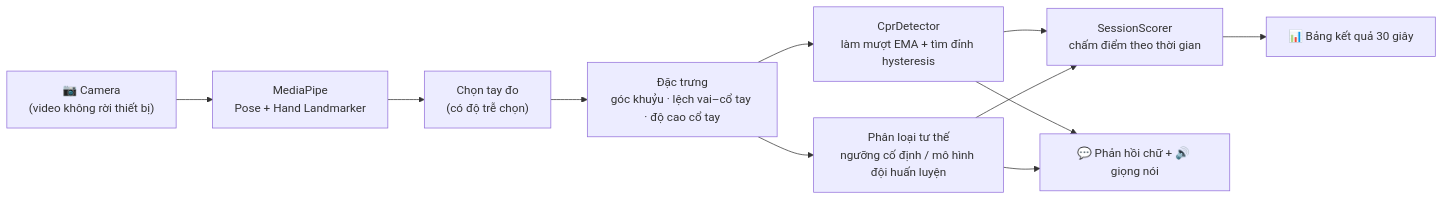
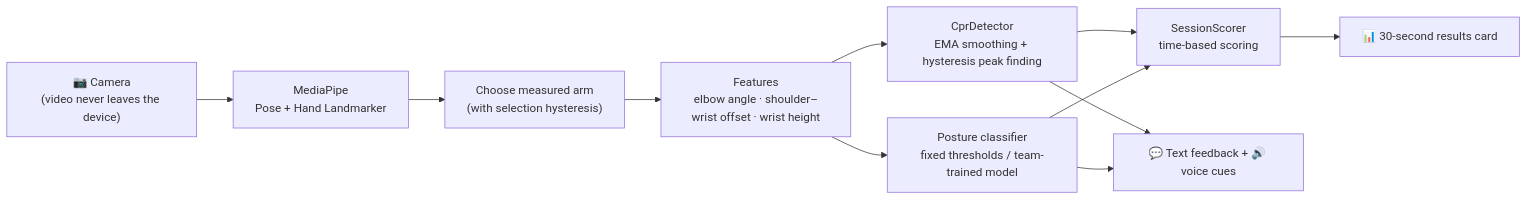
One commit to leminhwork0902-art/LIFEASSIST-CPR_AISHOWCASE_VIETNAM changed the diagram in README.md. Above: the diagram before and after it, drawn with Mermaid. The commit also changed other lines of this file, not shown here.

````diff
--- a/README.md
+++ b/README.md
@@ -93,13 +93,13 @@
 ```mermaid
 flowchart LR
-    CAM["📷 Camera<br/>(video không rời thiết bị)"] --> MP["MediaPipe<br/>Pose + Hand Landmarker"]
-    MP --> SEL["Chọn tay đo<br/>(có độ trễ chọn)"]
-    SEL --> M["Đặc trưng<br/>góc khuỷu · lệch vai–cổ tay · độ cao cổ tay"]
-    M --> D["CprDetector<br/>làm mượt EMA + tìm đỉnh hysteresis"]
-    M --> P["Phân loại tư thế<br/>ngưỡng cố định / mô hình đội huấn luyện"]
-    D --> S["SessionScorer<br/>chấm điểm theo thời gian"]
+    CAM["📷 Camera<br/>(video never leaves the device)"] --> MP["MediaPipe<br/>Pose + Hand Landmarker"]
+    MP --> SEL["Choose measured arm<br/>(with selection hysteresis)"]
+    SEL --> M["Features<br/>elbow angle · shoulder–wrist offset · wrist height"]
+    M --> D["CprDetector<br/>EMA smoothing + hysteresis peak finding"]
+    M --> P["Posture classifier<br/>fixed thresholds / team-trained model"]
+    D --> S["SessionScorer<br/>time-based scoring"]
     P --> S
-    D --> FB["💬 Phản hồi chữ + 🔊 giọng nói"]
+    D --> FB["💬 Text feedback + 🔊 voice cues"]
     P --> FB
-    S --> SUM["📊 Bảng kết quả 30 giây"]
+    S --> SUM["📊 30-second results card"]
 ```
````
